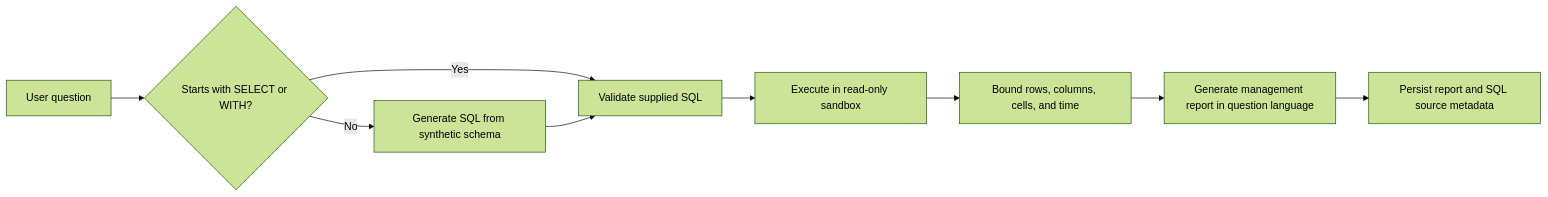
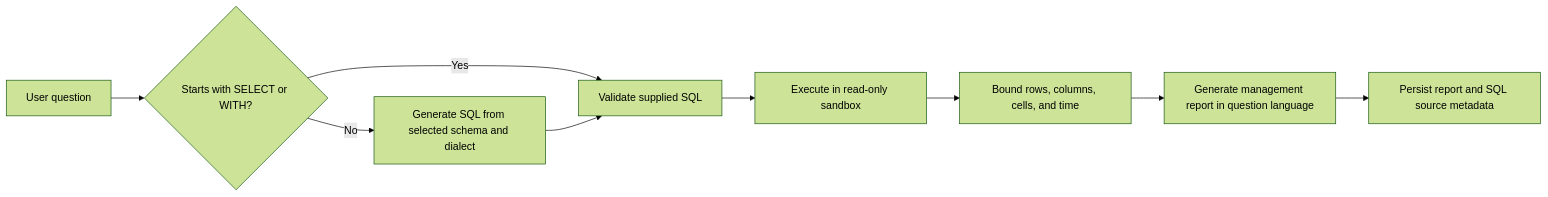
The third of 3 diagrams in README.md (Imrichkoch/nexus_chatbot), drawn with Mermaid (forest theme) before and after one commit. The commit also changed other lines of this file and 23 other files, not shown here.

````diff
--- a/README.md
+++ b/README.md
@@ -189,11 +195,11 @@
 ```mermaid
 flowchart LR
     Q["User question"] --> D{"Starts with SELECT or WITH?"}
     D -->|Yes| V["Validate supplied SQL"]
-    D -->|No| G["Generate SQL from synthetic schema"]
+    D -->|No| G["Generate SQL from selected schema and dialect"]
     G --> V
     V --> E["Execute in read-only sandbox"]
     E --> R["Bound rows, columns, cells, and time"]
     R --> M["Generate management report in question language"]
     M --> P["Persist report and SQL source metadata"]
 ```
````
